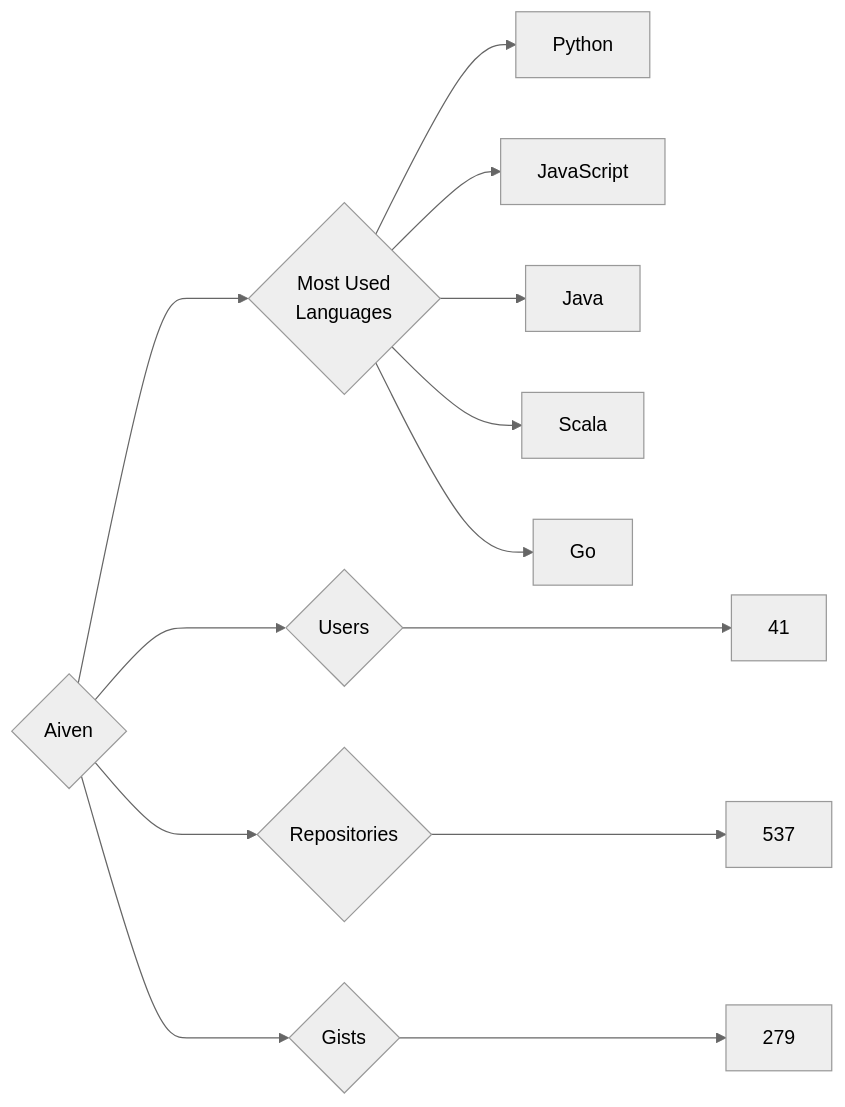
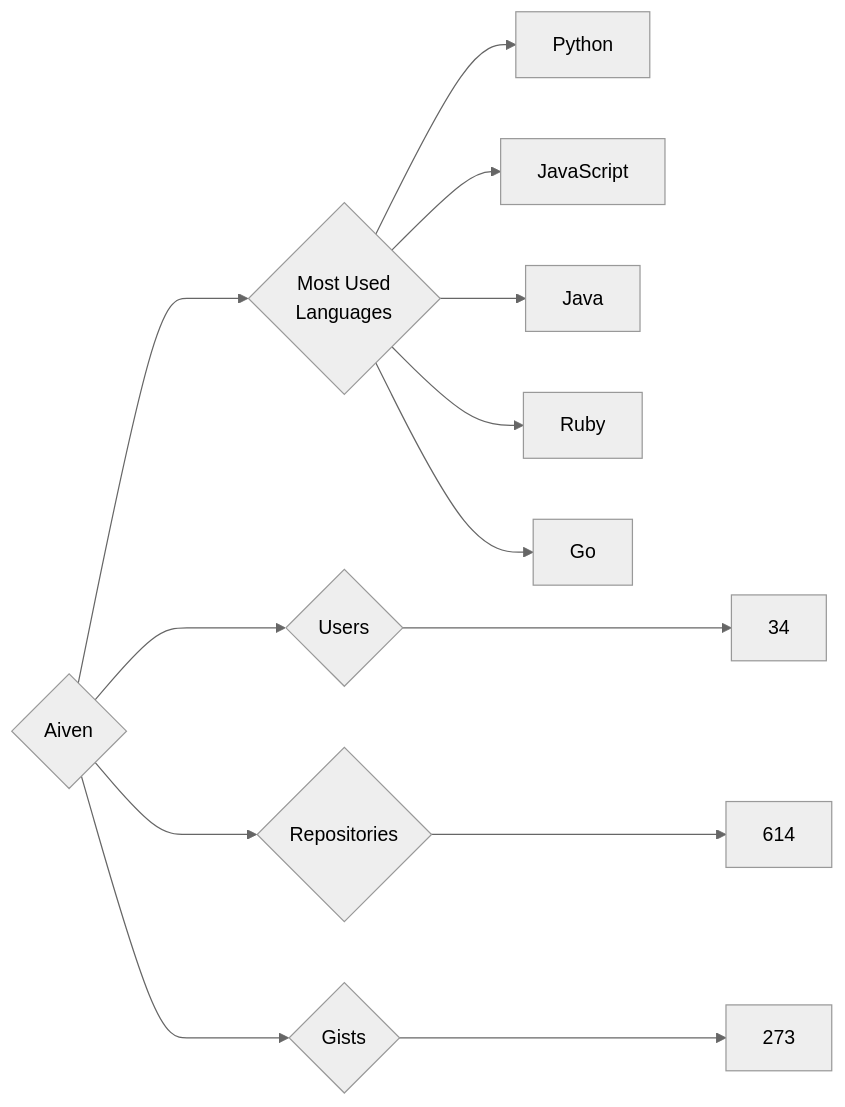
The diagram in targets/Aiven/README.md (trickest/insiders), drawn with Mermaid (neutral theme) before and after one commit. The commit also changed 639 other files, not shown here.

````diff
--- a/targets/Aiven/README.md
+++ b/targets/Aiven/README.md
@@ -3,13 +3,13 @@
 ```mermaid
 graph LR
 COMPANY_NAME{Aiven}
-COMPANY_NAME ---> U{Users} ---> UN[41]
-COMPANY_NAME ---> R{Repositories} ---> RN[537]
-COMPANY_NAME ---> G{Gists} ---> GN[279]
+COMPANY_NAME ---> U{Users} ---> UN[34]
+COMPANY_NAME ---> R{Repositories} ---> RN[614]
+COMPANY_NAME ---> G{Gists} ---> GN[273]
 COMPANY_NAME ---> ML{Most Used<br>Languages}
 ML --> Python[Python]
 ML --> JavaScript[JavaScript]
 ML --> Java[Java]
-ML --> Scala[Scala]
+ML --> Ruby[Ruby]
 ML --> Go[Go]
 ```
````
